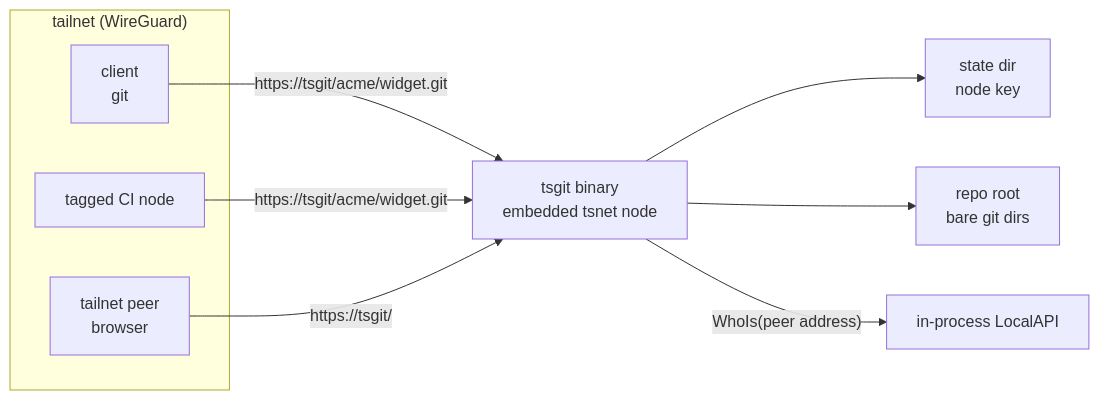
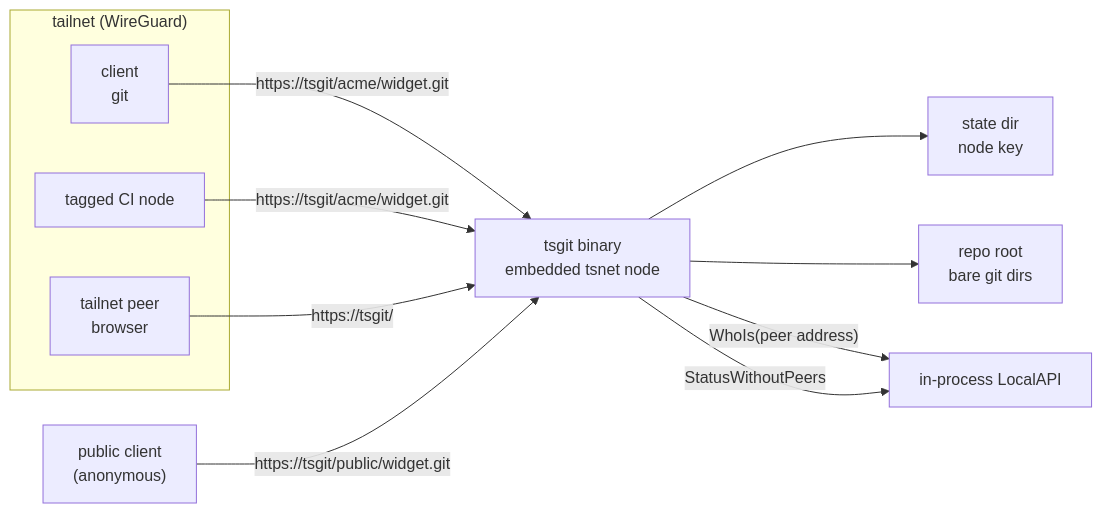
One commit to kevindurb/tsgit changed the diagram in docs/architecture.md. Above: the diagram before and after it, drawn with Mermaid. The commit also changed other lines of this file and 24 other files, not shown here.

````diff
--- a/docs/architecture.md
+++ b/docs/architecture.md
@@ -13,18 +15,21 @@
 ```mermaid
 flowchart LR
     subgraph tailnet["tailnet (WireGuard)"]
         client["client<br/>git"]
         tagged["tagged CI node"]
         browser["tailnet peer<br/>browser"]
     end
+    public["public client<br/>(anonymous)"]
     tsgit["tsgit binary<br/>embedded tsnet node"]
     state["state dir<br/>node key"]
     repos["repo root<br/>bare git dirs"]
 
     client -- "https://tsgit/acme/widget.git" --> tsgit
     tagged -- "https://tsgit/acme/widget.git" --> tsgit
     browser -- "https://tsgit/" --> tsgit
+    public -- "https://tsgit/public/widget.git" --> tsgit
     tsgit --> state
     tsgit --> repos
     tsgit -- "WhoIs(peer address)" --> localapi["in-process LocalAPI"]
+    tsgit -- "StatusWithoutPeers" --> localapi
 ```
````
